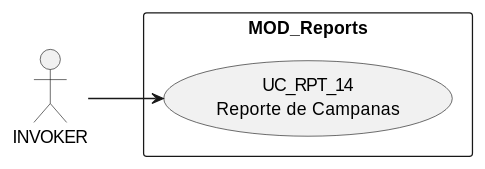
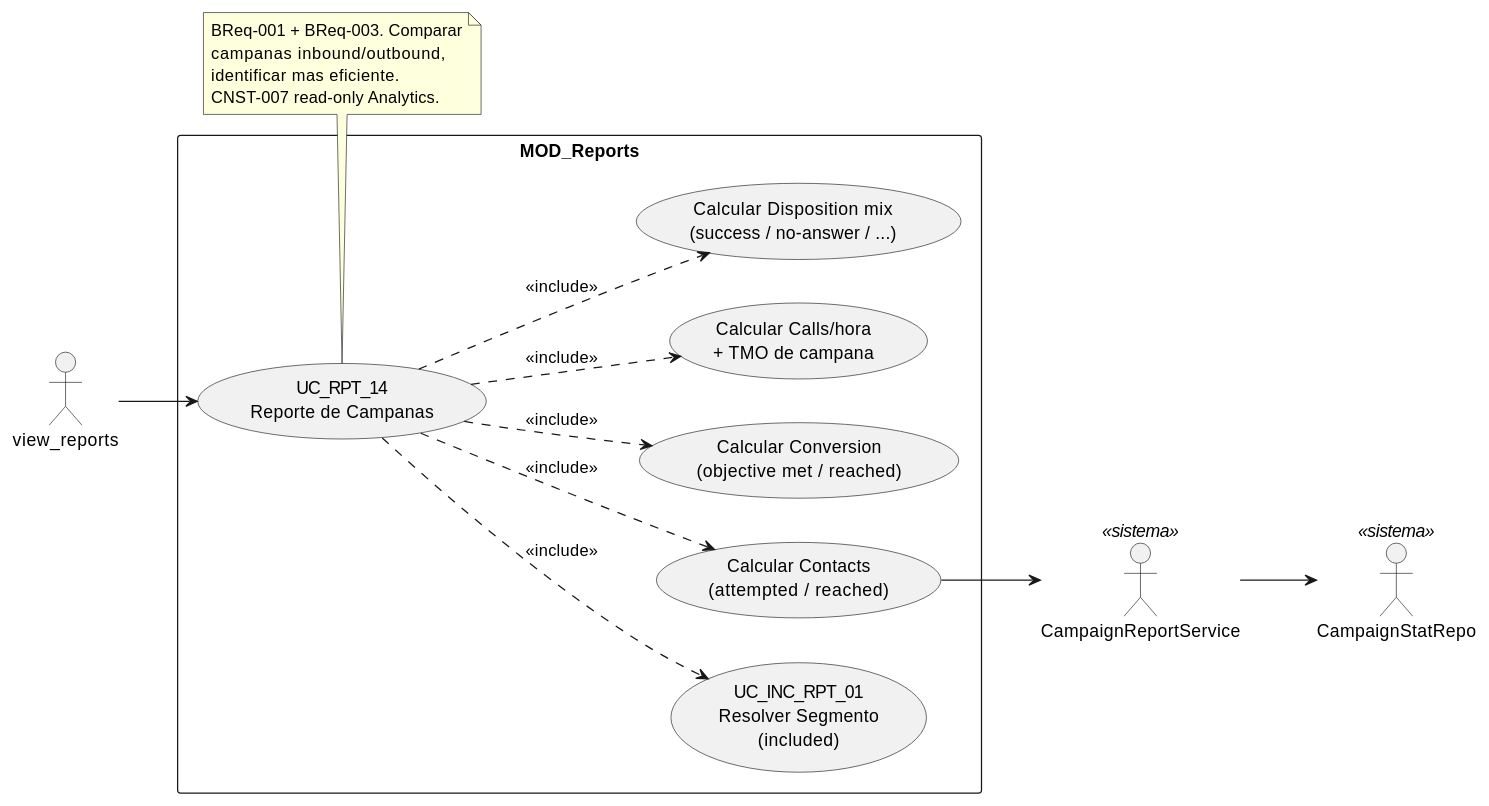
The diagram in source/requisitos/casos-uso/reports/uc-rpt-14/diagramas-uml/diagrama-de-caso-de-uso.rst (jcg-admin/IACT-docs), drawn with PlantUML before and after one commit. The commit also changed 8 other files, not shown here.

```diff
--- a/source/requisitos/casos-uso/reports/uc-rpt-14/diagramas-uml/diagrama-de-caso-de-uso.rst
+++ b/source/requisitos/casos-uso/reports/uc-rpt-14/diagramas-uml/diagrama-de-caso-de-uso.rst
@@ -4,22 +4,38 @@
 .. uml::
  :caption: UC_RPT_14 — actores y casos asociados
 
  @startuml
 
  left to right direction
 
- ' TODO (use-case-view-uml07-rebuild Nivel A): completar
- ' actores (INVOKER + beneficiarios + Sistema), sub-usecases
- ' (validaciones, side-effects, audit emit), relaciones
- ' (`<<include>>`, `<<extend>>`) y notas referenciando BRs/CNSTs.
- ' Ver patron canonico en uc-acc-01/diagramas-uml/diagrama-de-caso-de-uso.rst.
-
- actor "INVOKER" as INVOKER
+ actor "view_reports" as INVOKER
+ actor "CampaignReportService" as SVC <<sistema>>
+ actor "CampaignStatRepo" as REPO <<sistema>>
 
  rectangle "MOD_Reports" {
    usecase "UC_RPT_14\nReporte de Campanas" as UC_RPT_14
+   usecase "UC_INC_RPT_01\nResolver Segmento\n(included)" as UC_INC_RPT_01
+   usecase "Calcular Contacts\n(attempted / reached)" as METRIC_CONTACTS
+   usecase "Calcular Conversion\n(objective met / reached)" as METRIC_CONV
+   usecase "Calcular Calls/hora\n+ TMO de campana" as METRIC_THROUGHPUT
+   usecase "Calcular Disposition mix\n(success / no-answer / ...)" as METRIC_DISP
  }
 
  INVOKER --> UC_RPT_14
+ UC_RPT_14 ..> UC_INC_RPT_01 : <<include>>
+ UC_RPT_14 ..> METRIC_CONTACTS : <<include>>
+ UC_RPT_14 ..> METRIC_CONV : <<include>>
+ UC_RPT_14 ..> METRIC_THROUGHPUT : <<include>>
+ UC_RPT_14 ..> METRIC_DISP : <<include>>
+
+ METRIC_CONTACTS --> SVC
+ SVC --> REPO
+
+ note bottom of UC_RPT_14
+   BReq-001 + BReq-003. Comparar
+   campanas inbound/outbound,
+   identificar mas eficiente.
+   CNST-007 read-only Analytics.
+ end note
 
  @enduml
```
